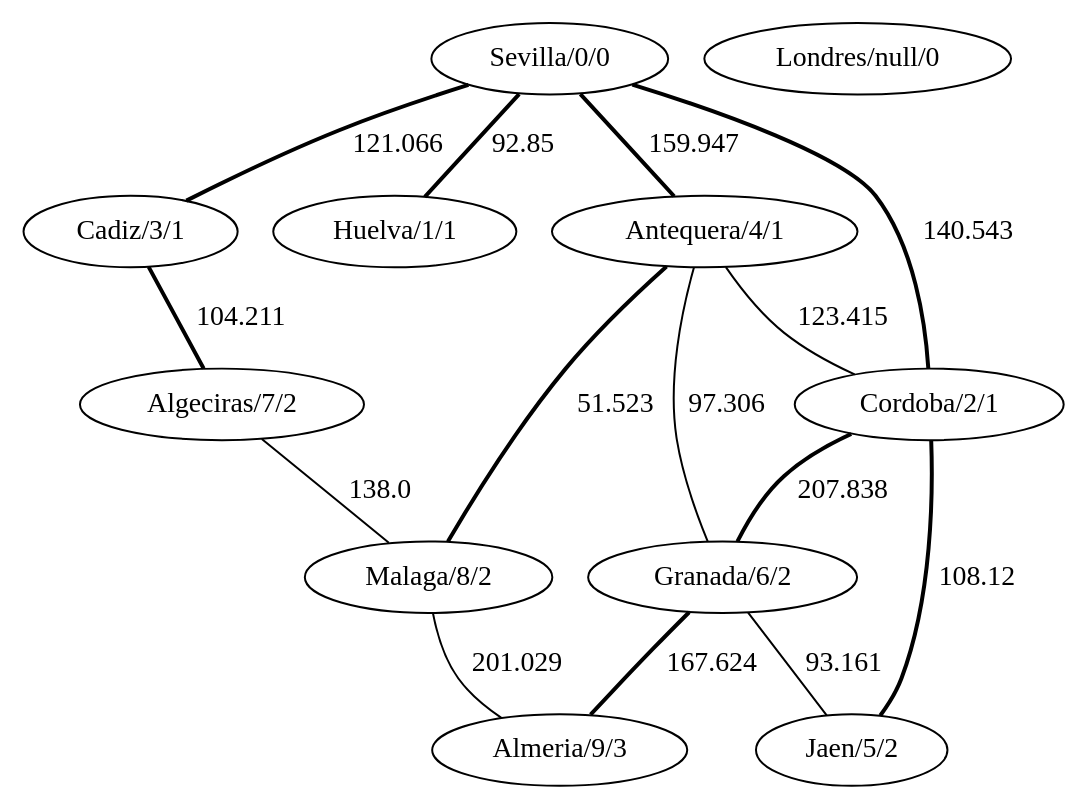
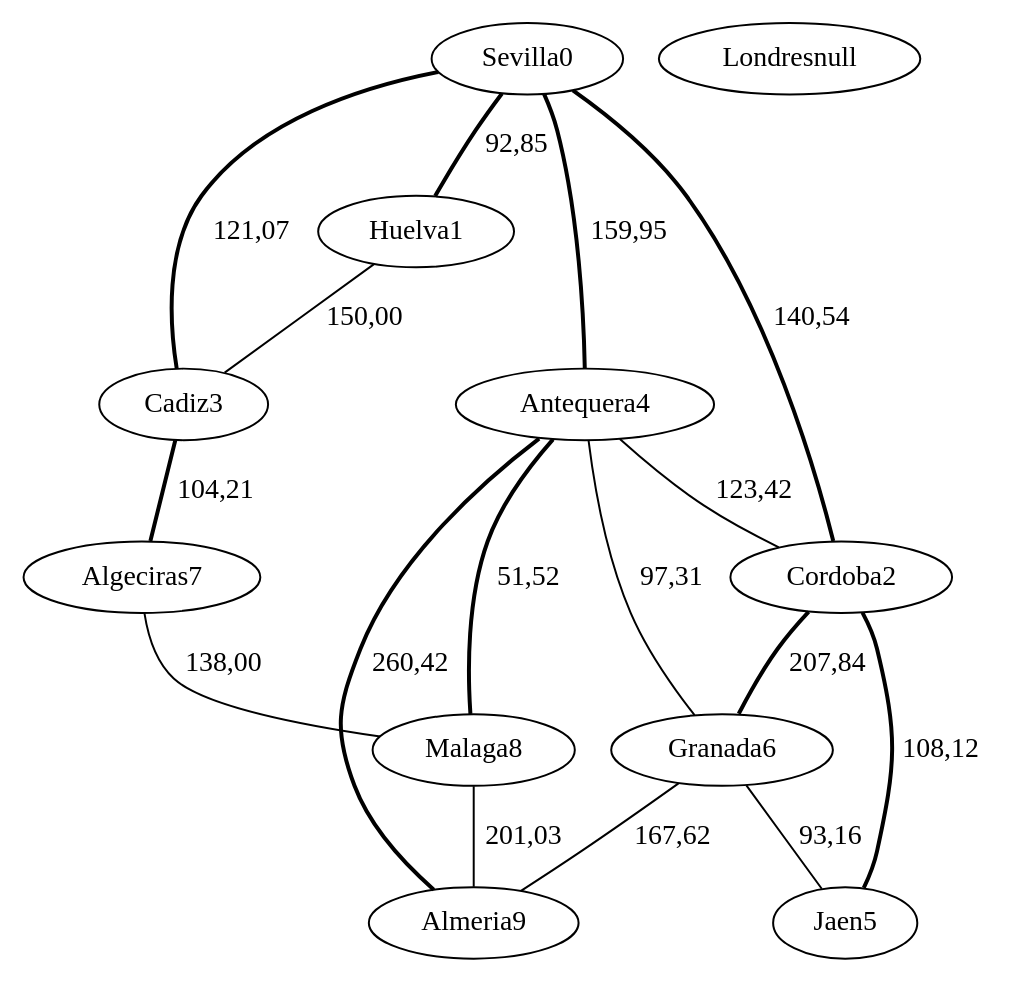
Before and after one commit to migueltoro/ada_v2_18: the diagram in java/EjemplosDeGrafos/ficheros/andaluciaAnchura.gv, drawn with Graphviz. The commit also changed 250 other files, not shown here.

```diff
--- a/java/EjemplosDeGrafos/ficheros/andaluciaAnchura.gv
+++ b/java/EjemplosDeGrafos/ficheros/andaluciaAnchura.gv
@@ -1,27 +1,29 @@
 strict graph G {
-  1 [ label="Sevilla/0/0" ];
-  2 [ label="Cadiz/3/1" ];
-  3 [ label="Huelva/1/1" ];
-  4 [ label="Cordoba/2/1" ];
-  5 [ label="Malaga/8/2" ];
-  6 [ label="Antequera/4/1" ];
-  7 [ label="Almeria/9/3" ];
-  8 [ label="Granada/6/2" ];
-  9 [ label="Jaen/5/2" ];
-  10 [ label="Algeciras/7/2" ];
-  11 [ label="Londres/null/0" ];
-  1 -- 3 [ label="92.85" style="bold" ];
-  1 -- 4 [ label="140.543" style="bold" ];
-  1 -- 2 [ label="121.066" style="bold" ];
-  1 -- 6 [ label="159.947" style="bold" ];
-  6 -- 8 [ label="97.306" ];
-  6 -- 5 [ label="51.523" style="bold" ];
-  6 -- 4 [ label="123.415" ];
-  5 -- 7 [ label="201.029" ];
-  4 -- 9 [ label="108.12" style="bold" ];
-  4 -- 8 [ label="207.838" style="bold" ];
-  8 -- 7 [ label="167.624" style="bold" ];
-  8 -- 9 [ label="93.161" ];
-  2 -- 10 [ label="104.211" style="bold" ];
-  10 -- 5 [ label="138.0" ];
+  1 [ color="black" label="Sevilla0" ];
+  2 [ color="black" label="Cadiz3" ];
+  3 [ color="black" label="Huelva1" ];
+  4 [ color="black" label="Cordoba2" ];
+  5 [ color="black" label="Malaga8" ];
+  6 [ color="black" label="Antequera4" ];
+  7 [ color="black" label="Almeria9" ];
+  8 [ color="black" label="Granada6" ];
+  9 [ color="black" label="Jaen5" ];
+  10 [ color="black" label="Algeciras7" ];
+  11 [ color="black" label="Londresnull" ];
+  1 -- 3 [ style="bold" label="92,85" ];
+  1 -- 4 [ style="bold" label="140,54" ];
+  1 -- 2 [ style="bold" label="121,07" ];
+  1 -- 6 [ style="bold" label="159,95" ];
+  3 -- 2 [ style="solid" label="150,00" ];
+  6 -- 8 [ style="solid" label="97,31" ];
+  6 -- 5 [ style="bold" label="51,52" ];
+  6 -- 4 [ style="solid" label="123,42" ];
+  6 -- 7 [ style="bold" label="260,42" ];
+  5 -- 7 [ style="solid" label="201,03" ];
+  4 -- 9 [ style="bold" label="108,12" ];
+  4 -- 8 [ style="bold" label="207,84" ];
+  8 -- 7 [ style="solid" label="167,62" ];
+  8 -- 9 [ style="solid" label="93,16" ];
+  2 -- 10 [ style="bold" label="104,21" ];
+  10 -- 5 [ style="solid" label="138,00" ];
 }
```
